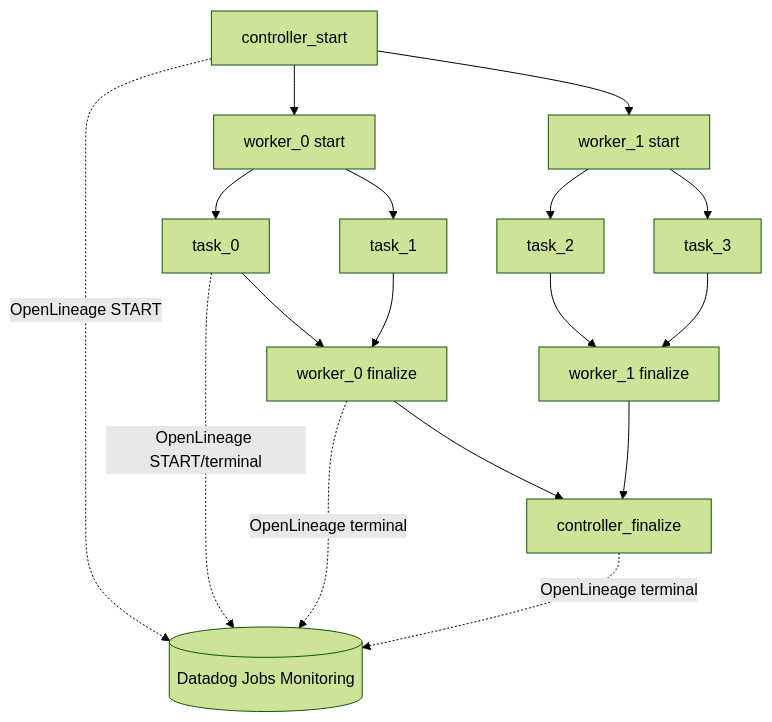
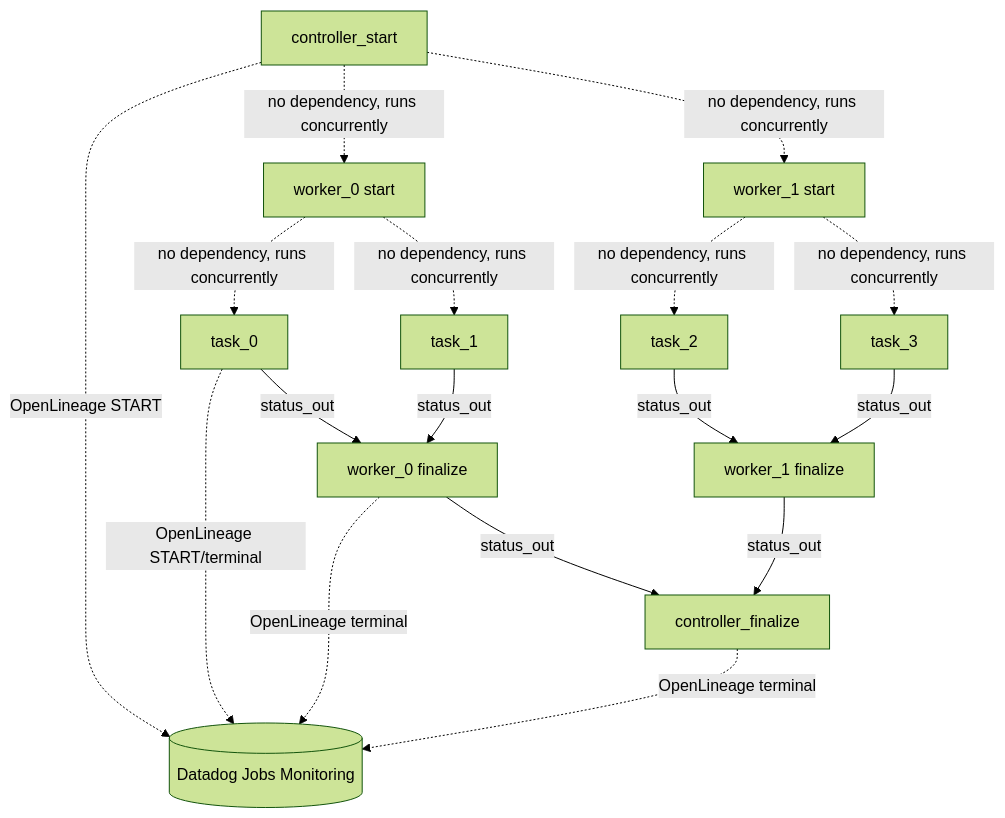
The diagram in azureml/README.md (kyletaylored/openlineage-job-simulator), drawn with Mermaid (forest theme) before and after one commit. The commit also changed other lines of this file and 4 other files, not shown here.

````diff
--- a/azureml/README.md
+++ b/azureml/README.md
@@ -14,23 +16,27 @@
 ```mermaid
 flowchart TD
-    CS[controller_start] --> W0S[worker_0 start]
-    CS --> W1S[worker_1 start]
+    CS[controller_start]
+    W0S[worker_0 start]
+    W1S[worker_1 start]
 
-    W0S --> T0[task_0]
-    W0S --> T1[task_1]
-    T0 --> W0F[worker_0 finalize]
-    T1 --> W0F
+    CS -. no dependency, runs concurrently .-> W0S
+    CS -. no dependency, runs concurrently .-> W1S
 
-    W1S --> T2[task_2]
-    W1S --> T3[task_3]
-    T2 --> W1F[worker_1 finalize]
-    T3 --> W1F
+    W0S -. no dependency, runs concurrently .-> T0[task_0]
+    W0S -. no dependency, runs concurrently .-> T1[task_1]
+    T0 -- status_out --> W0F[worker_0 finalize]
+    T1 -- status_out --> W0F
 
-    W0F --> CF[controller_finalize]
-    W1F --> CF
+    W1S -. no dependency, runs concurrently .-> T2[task_2]
+    W1S -. no dependency, runs concurrently .-> T3[task_3]
+    T2 -- status_out --> W1F[worker_1 finalize]
+    T3 -- status_out --> W1F
+
+    W0F -- status_out --> CF[controller_finalize]
+    W1F -- status_out --> CF
 
     CS -.OpenLineage START.-> OL[(Datadog Jobs Monitoring)]
     T0 -.OpenLineage START/terminal.-> OL
     W0F -.OpenLineage terminal.-> OL
     CF -.OpenLineage terminal.-> OL
 ```
````
